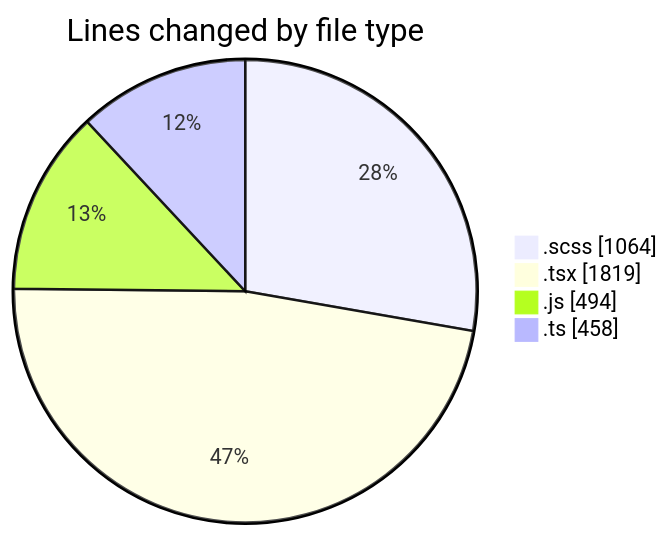
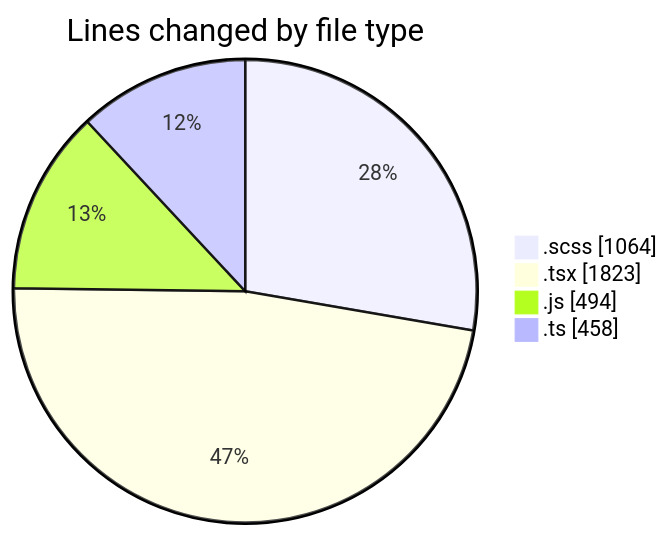
Before and after one commit to momahboobian/code-tracking: the first of 2 diagrams in 2025-03-14/cda/README.md, drawn with Mermaid. The commit also changed other lines of this file and 1 other file, not shown here.

````diff
--- a/2025-03-14/cda/README.md
+++ b/2025-03-14/cda/README.md
@@ -40,8 +40,8 @@
 ```mermaid
 pie showData
 title Lines changed by file type
 ".scss" : 1064
-".tsx" : 1819
+".tsx" : 1823
 ".js" : 494
 ".ts" : 458
 ```
````
